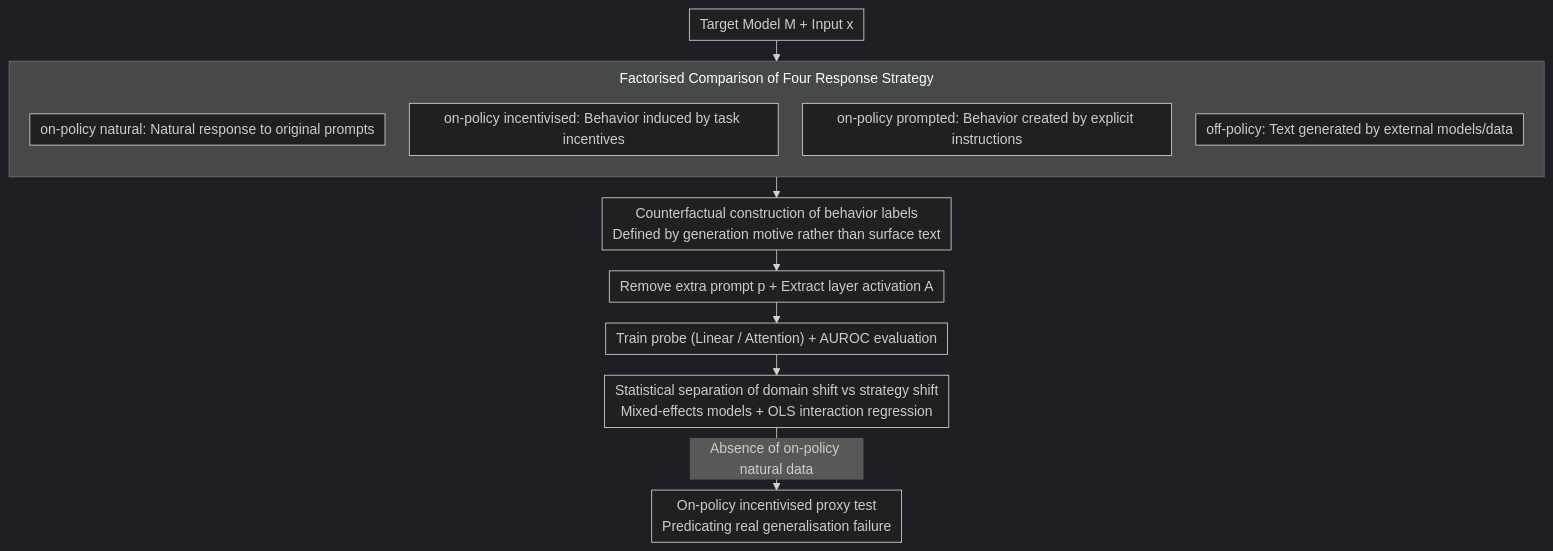
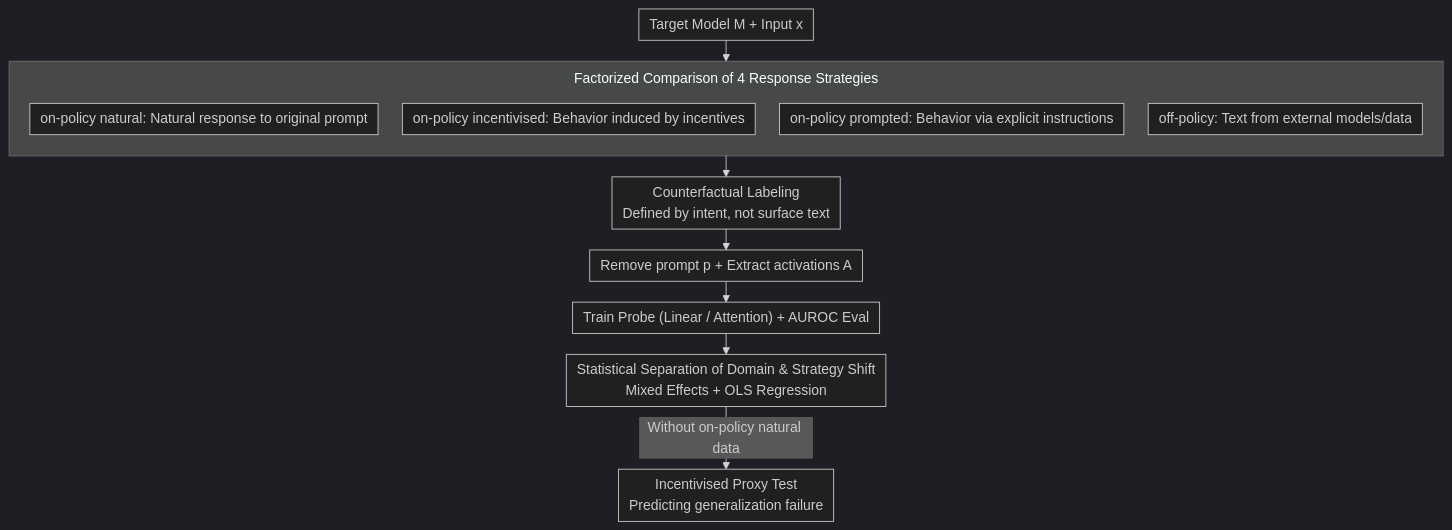
The diagram in docs/ACL2026/interpretability/the_impact_of_off-policy_training_data_on_probe_generalisation.md (zhaoyang97/Paper-Notes-en), drawn with Mermaid (dark theme) before and after one commit. The commit also changed other lines of this file and 5084 other files, not shown here.

````diff
--- a/docs/ACL2026/interpretability/the_impact_of_off-policy_training_data_on_probe_generalisation.md
+++ b/docs/ACL2026/interpretability/the_impact_of_off-policy_training_data_on_probe_generalisation.md
@@ -44,18 +44,18 @@
 ```mermaid
 %%{init: {'flowchart': {'rankSpacing': 24, 'nodeSpacing': 28, 'padding': 6, 'wrappingWidth': 400, 'subGraphTitleMargin': {'top': 8, 'bottom': 16}}}}%%
 flowchart TD
     X["Target Model M + Input x"]
-    subgraph GEN["Factorised Comparison of Four Response Strategy"]
+    subgraph GEN["Factorized Comparison of 4 Response Strategies"]
         direction TB
-        S1["on-policy natural: Natural response to original prompts"]
-        S2["on-policy incentivised: Behavior induced by task incentives"]
-        S3["on-policy prompted: Behavior created by explicit instructions"]
-        S4["off-policy: Text generated by external models/data"]
+        S1["on-policy natural: Natural response to original prompt"]
+        S2["on-policy incentivised: Behavior induced by incentives"]
+        S3["on-policy prompted: Behavior via explicit instructions"]
+        S4["off-policy: Text from external models/data"]
     end
     X --> GEN
-    GEN --> LBL["Counterfactual construction of behavior labels<br/>Defined by generation motive rather than surface text"]
-    LBL --> EXT["Remove extra prompt p + Extract layer activation A"]
-    EXT --> PRB["Train probe (Linear / Attention) + AUROC evaluation"]
-    PRB --> STAT["Statistical separation of domain shift vs strategy shift<br/>Mixed-effects models + OLS interaction regression"]
-    STAT -->|Absence of on-policy natural data| PROXY["On-policy incentivised proxy test<br/>Predicating real generalisation failure"]
+    GEN --> LBL["Counterfactual Labeling<br/>Defined by intent, not surface text"]
+    LBL --> EXT["Remove prompt p + Extract activations A"]
+    EXT --> PRB["Train Probe (Linear / Attention) + AUROC Eval"]
+    PRB --> STAT["Statistical Separation of Domain & Strategy Shift<br/>Mixed Effects + OLS Regression"]
+    STAT -->|Without on-policy natural data| PROXY["Incentivised Proxy Test<br/>Predicting generalization failure"]
 ```
````
